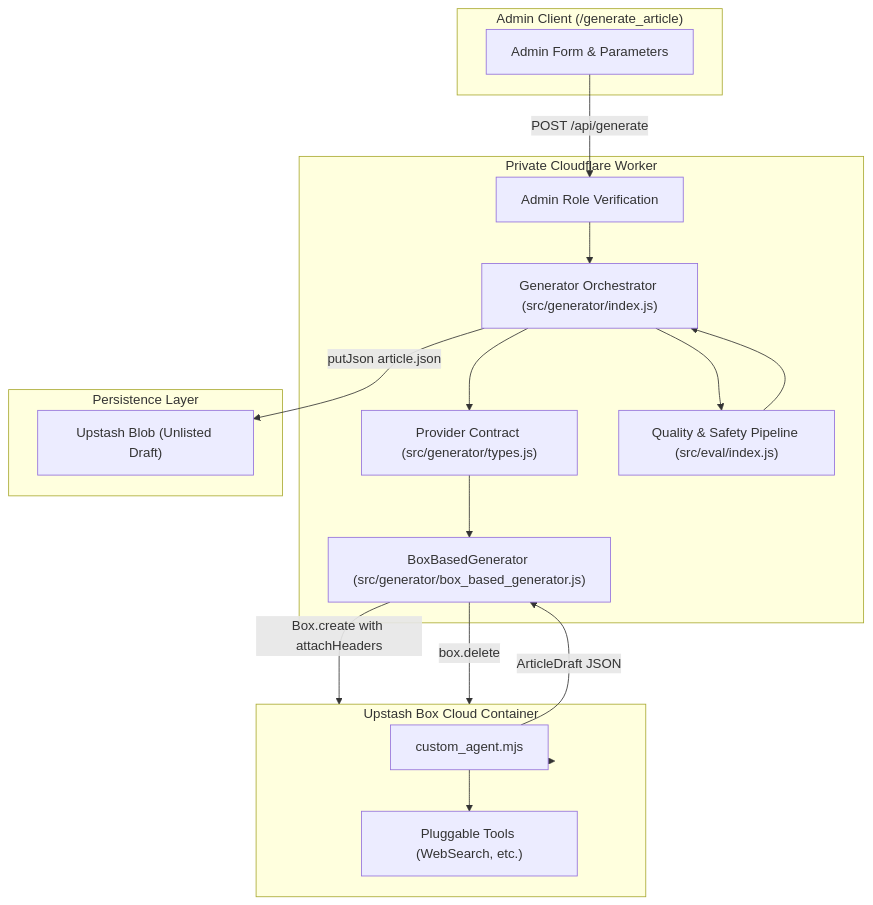
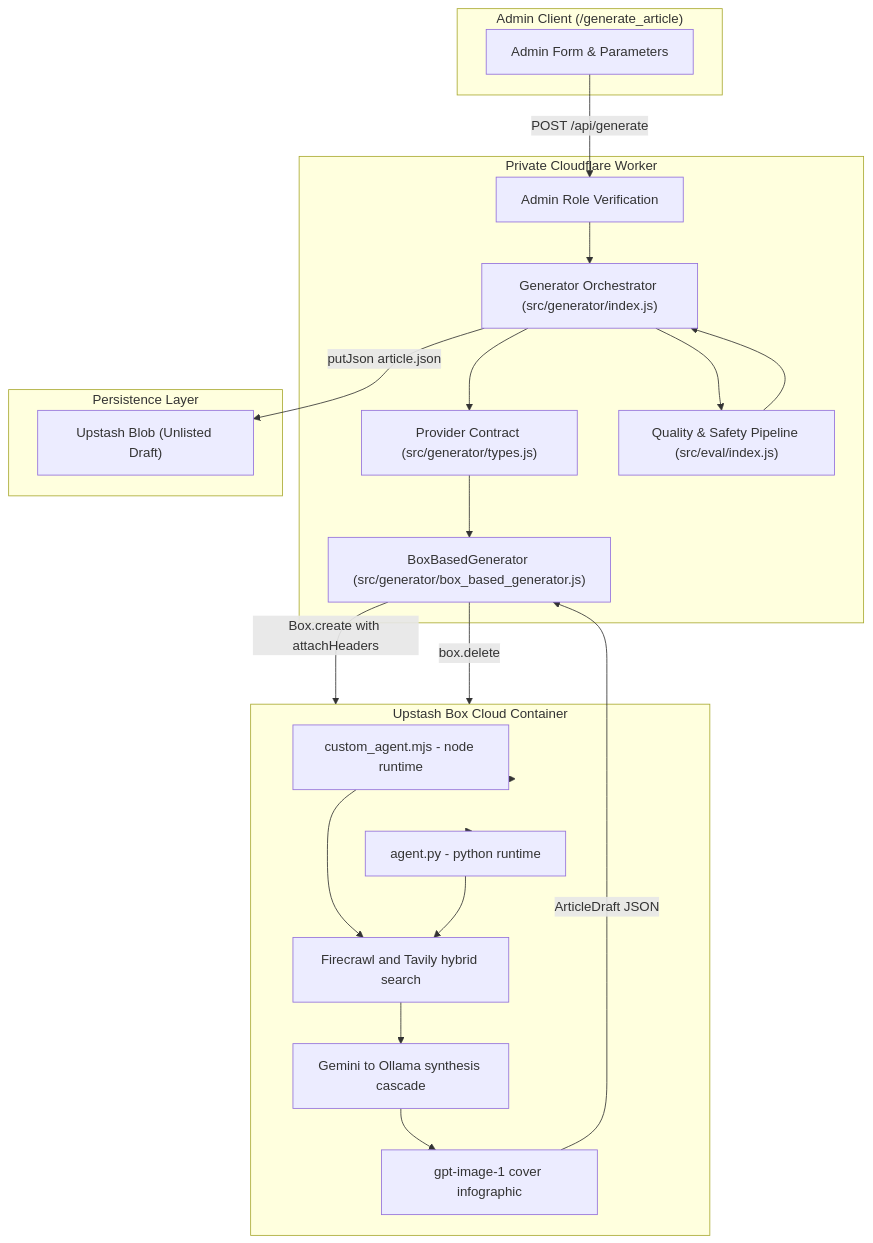
The diagram in docs/worker/upstash-box-generator.mdx (AmritSDutta/kalidass), drawn with Mermaid before and after one commit. The commit also changed other lines of this file and 4 other files, not shown here.

````diff
--- a/docs/worker/upstash-box-generator.mdx
+++ b/docs/worker/upstash-box-generator.mdx
@@ -14,32 +14,39 @@
 ```mermaid
 flowchart TD
   subgraph UI["Admin Client (/generate_article)"]
     Form["Admin Form & Parameters"]
   end
   subgraph Worker["Private Cloudflare Worker"]
     Auth["Admin Role Verification"]
     Orchestrator["Generator Orchestrator (src/generator/index.js)"]
     Interface["Provider Contract (src/generator/types.js)"]
     BoxProvider["BoxBasedGenerator (src/generator/box_based_generator.js)"]
     EvalPipeline["Quality & Safety Pipeline (src/eval/index.js)"]
   end
   subgraph Sandbox["Upstash Box Cloud Container"]
-    AgentScript["custom_agent.mjs"]
-    Tools["Pluggable Tools (WebSearch, etc.)"]
+    NodeAgent["custom_agent.mjs - node runtime"]
+    PythonAgent["agent.py - python runtime"]
+    HybridSearch["Firecrawl and Tavily hybrid search"]
+    Synthesis["Gemini to Ollama synthesis cascade"]
+    CoverArt["gpt-image-1 cover infographic"]
   end
   subgraph Storage["Persistence Layer"]
     Blob["Upstash Blob (Unlisted Draft)"]
   end
   Form -->|"POST /api/generate"| Auth
   Auth --> Orchestrator
   Orchestrator --> Interface
   Interface --> BoxProvider
   BoxProvider -->|"Box.create with attachHeaders"| Sandbox
-  Sandbox --> AgentScript
-  AgentScript --> Tools
-  AgentScript -->|"ArticleDraft JSON"| BoxProvider
+  Sandbox --> NodeAgent
+  Sandbox --> PythonAgent
+  NodeAgent --> HybridSearch
+  PythonAgent --> HybridSearch
+  HybridSearch --> Synthesis
+  Synthesis --> CoverArt
+  CoverArt -->|"ArticleDraft JSON"| BoxProvider
   BoxProvider -->|"box.delete"| Sandbox
   Orchestrator --> EvalPipeline
   EvalPipeline --> Orchestrator
   Orchestrator -->|"putJson article.json"| Blob
 ```
````
